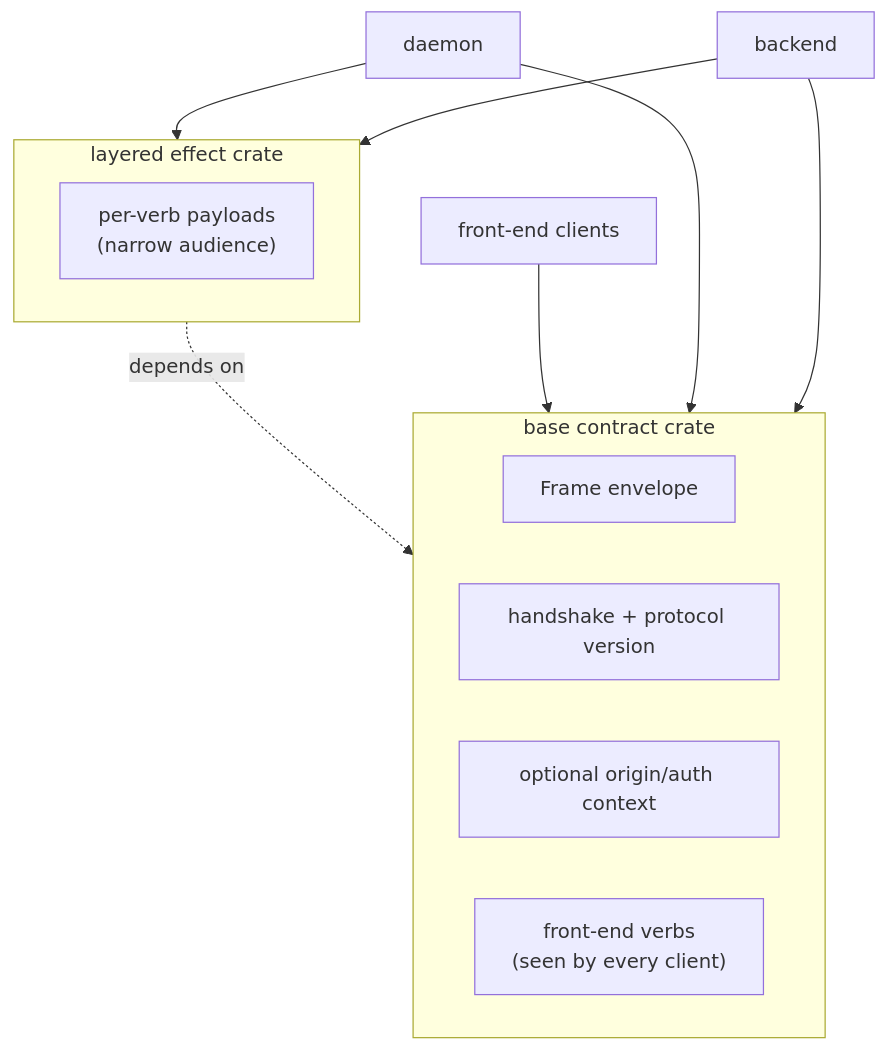
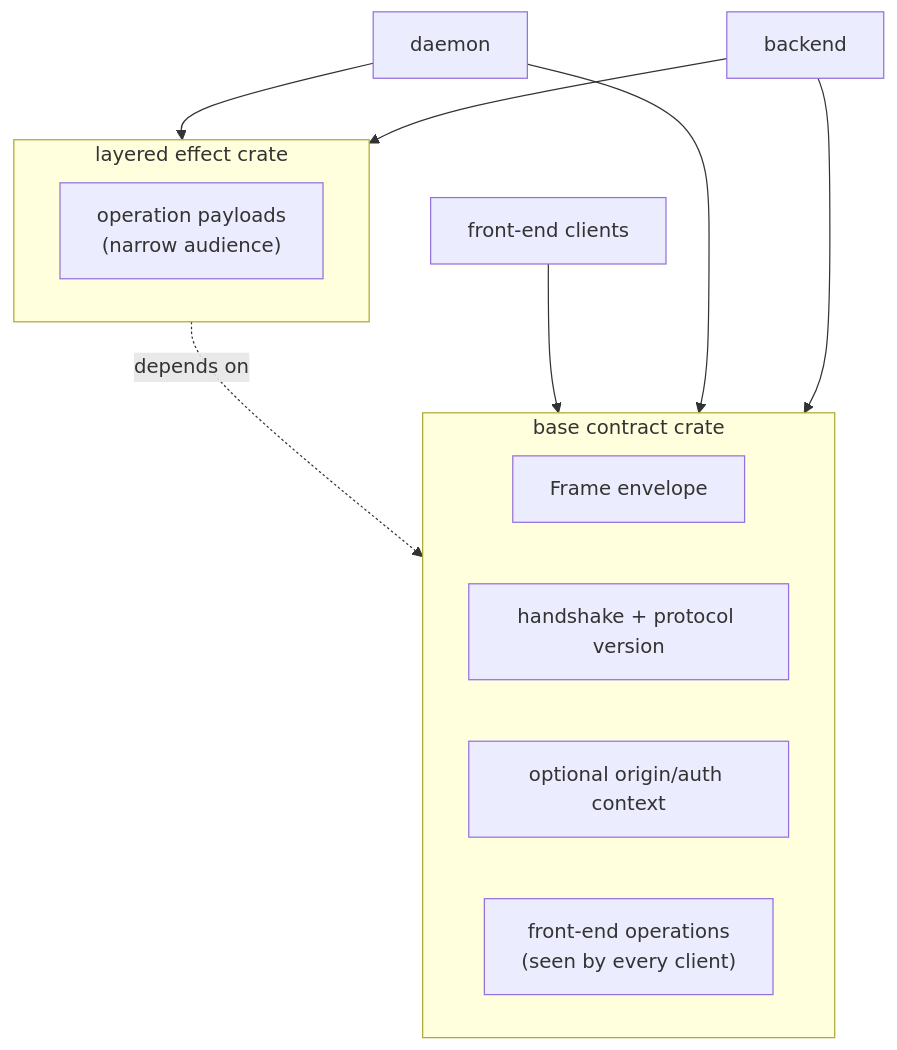
Before and after one commit to LiGoldragon/primary: the first of 4 diagrams in skills/contract-repo.md, drawn with Mermaid. The commit also changed other lines of this file, not shown here.

Commit message:
operator: update contract repo skill for local verbs

````diff
--- a/skills/contract-repo.md
+++ b/skills/contract-repo.md
@@ -458,21 +452,21 @@
 ```mermaid
 flowchart TB
     subgraph contract["base contract crate"]
         frame["Frame envelope"]
         hs["handshake + protocol version"]
         auth["optional origin/auth context"]
-        front["front-end verbs<br/>(seen by every client)"]
+        front["front-end operations<br/>(seen by every client)"]
     end
 
     subgraph layered["layered effect crate"]
-        verbs["per-verb payloads<br/>(narrow audience)"]
+        operations["operation payloads<br/>(narrow audience)"]
     end
 
     layered -. depends on .-> contract
 
     fe["front-end clients"] --> contract
     daemon["daemon"] --> contract
     daemon --> layered
     backend["backend"] --> contract
     backend --> layered
 ```
````
